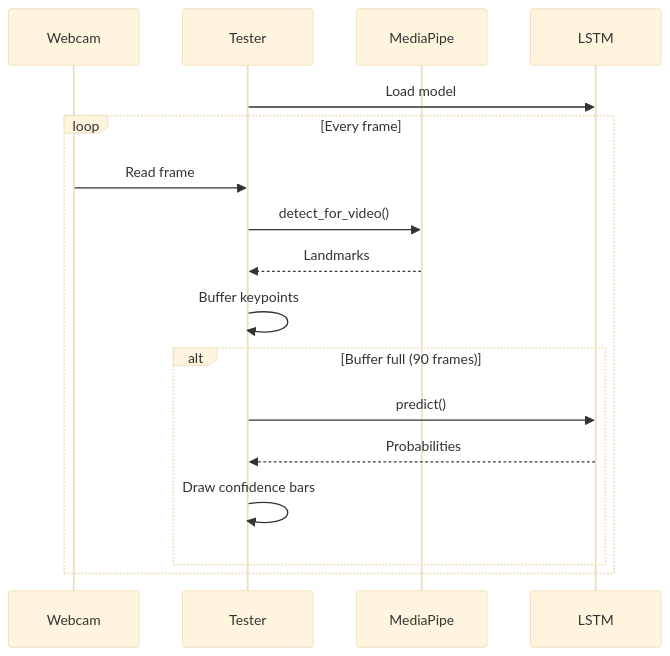
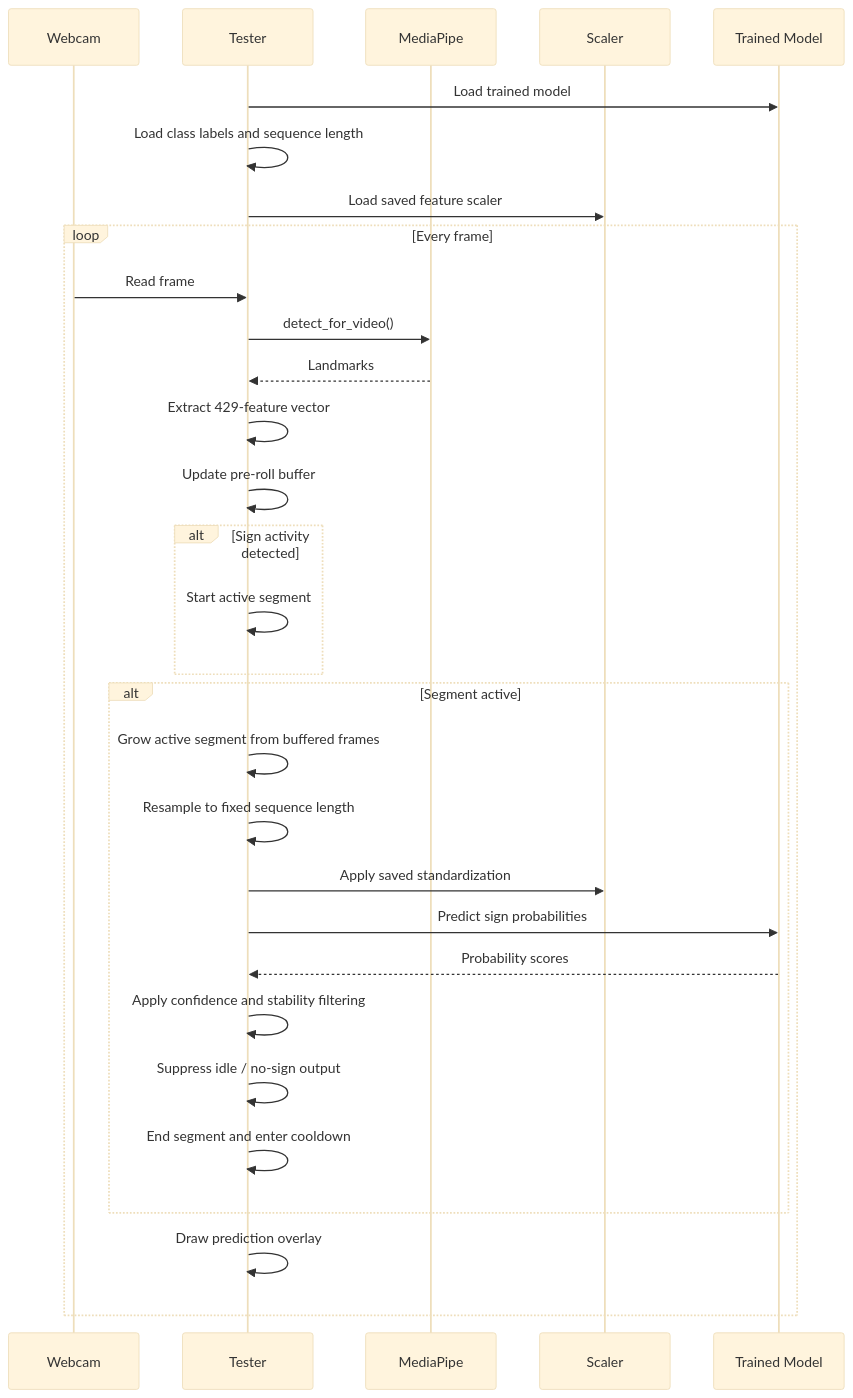
Before and after one commit to IuraHD/rsllearn: the seventh of 9 diagrams in RSLdataset/docs/DIAGRAMS.md, drawn with Mermaid (base theme). The commit also changed other lines of this file and 23 other files, not shown here.

````diff
--- a/RSLdataset/docs/DIAGRAMS.md
+++ b/RSLdataset/docs/DIAGRAMS.md
@@ -199,19 +260,37 @@
 ```mermaid
 sequenceDiagram
     participant Cam as Webcam
     participant Tester
     participant MP as MediaPipe
-    participant Model as LSTM
-    Tester->>Model: Load model
+    participant Scaler
+    participant Model as Trained Model
+
+    Tester->>Model: Load trained model
+    Tester->>Tester: Load class labels and sequence length
+    Tester->>Scaler: Load saved feature scaler
+
     loop Every frame
         Cam->>Tester: Read frame
         Tester->>MP: detect_for_video()
         MP-->>Tester: Landmarks
-        Tester->>Tester: Buffer keypoints
-        alt Buffer full (90 frames)
-            Tester->>Model: predict()
-            Model-->>Tester: Probabilities
-            Tester->>Tester: Draw confidence bars
+        Tester->>Tester: Extract 429-feature vector
+        Tester->>Tester: Update pre-roll buffer
+
+        alt Sign activity detected
+            Tester->>Tester: Start active segment
         end
+
+        alt Segment active
+            Tester->>Tester: Grow active segment from buffered frames
+            Tester->>Tester: Resample to fixed sequence length
+            Tester->>Scaler: Apply saved standardization
+            Tester->>Model: Predict sign probabilities
+            Model-->>Tester: Probability scores
+            Tester->>Tester: Apply confidence and stability filtering
+            Tester->>Tester: Suppress idle / no-sign output
+            Tester->>Tester: End segment and enter cooldown
+        end
+
+        Tester->>Tester: Draw prediction overlay
     end
 ```
````
